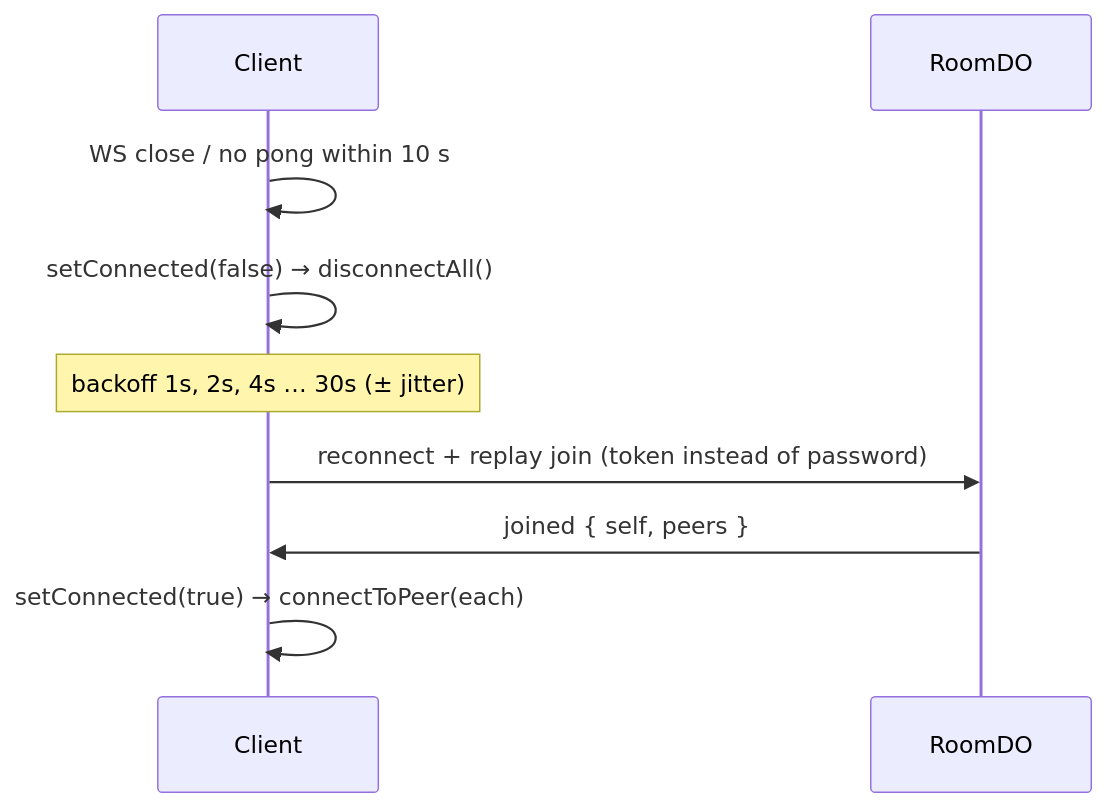
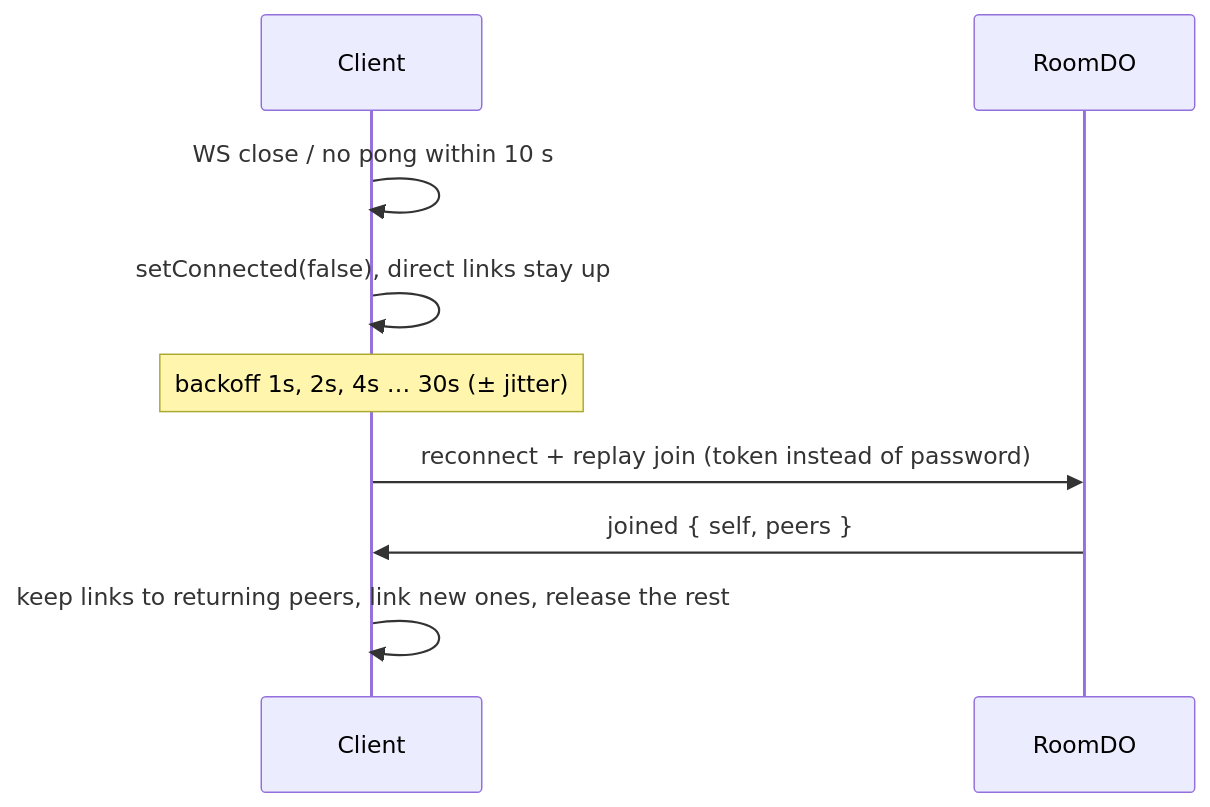
One commit to kushal1o1/ZeroRelay changed the fourth of 5 diagrams in ARCHITECTURE.md. Above: the diagram before and after it, drawn with Mermaid. The commit also changed other lines of this file and 1 other file, not shown here.

Commit message:
docs: document lobby consent flow and link lifecycle

````diff
--- a/ARCHITECTURE.md
+++ b/ARCHITECTURE.md
@@ -153,12 +181,12 @@
 ```mermaid
 sequenceDiagram
   participant C as Client
   participant S as RoomDO
 
   C->>C: WS close / no pong within 10 s
-  C->>C: setConnected(false) → disconnectAll()
+  C->>C: setConnected(false), direct links stay up
   Note over C: backoff 1s, 2s, 4s … 30s (± jitter)
   C->>S: reconnect + replay join (token instead of password)
   S->>C: joined { self, peers }
-  C->>C: setConnected(true) → connectToPeer(each)
+  C->>C: keep links to returning peers, link new ones, release the rest
 ```
````
